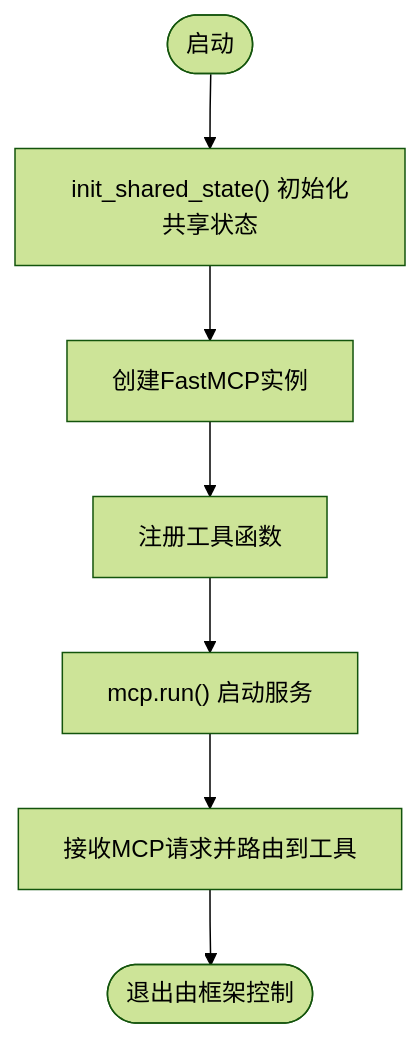
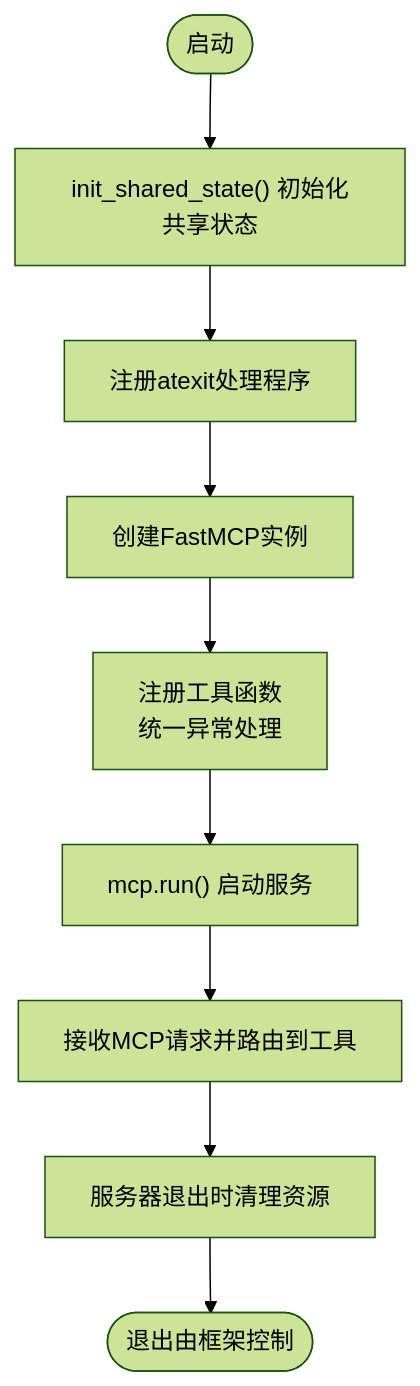
One commit to 1173591564/academic-based-qoder changed the third of 8 diagrams in .qoder/repowiki/zh/content/MCP服务系统/MCP服务器架构.md. Above: the diagram before and after it, drawn with Mermaid (forest theme). The commit also changed other lines of this file and 81 other files, not shown here.

First line of the commit message:
test: add 37 new tests for _state, workspace, MCP tools, db pool

````diff
--- a/.qoder/repowiki/zh/content/MCP服务系统/MCP服务器架构.md
+++ b/.qoder/repowiki/zh/content/MCP服务系统/MCP服务器架构.md
@@ -156,9 +175,11 @@
 ```mermaid
 flowchart TD
 Start(["启动"]) --> InitState["init_shared_state() 初始化共享状态"]
-InitState --> NewMCP["创建FastMCP实例"]
-NewMCP --> RegisterTools["注册工具函数"]
+InitState --> RegisterCleanup["注册atexit处理程序"]
+RegisterCleanup --> NewMCP["创建FastMCP实例"]
+NewMCP --> RegisterTools["注册工具函数<br/>统一异常处理"]
 RegisterTools --> Run["mcp.run() 启动服务"]
 Run --> Serve["接收MCP请求并路由到工具"]
-Serve --> End(["退出由框架控制"])
+Serve --> Cleanup["服务器退出时清理资源"]
+Cleanup --> End(["退出由框架控制"])
 ```
````
